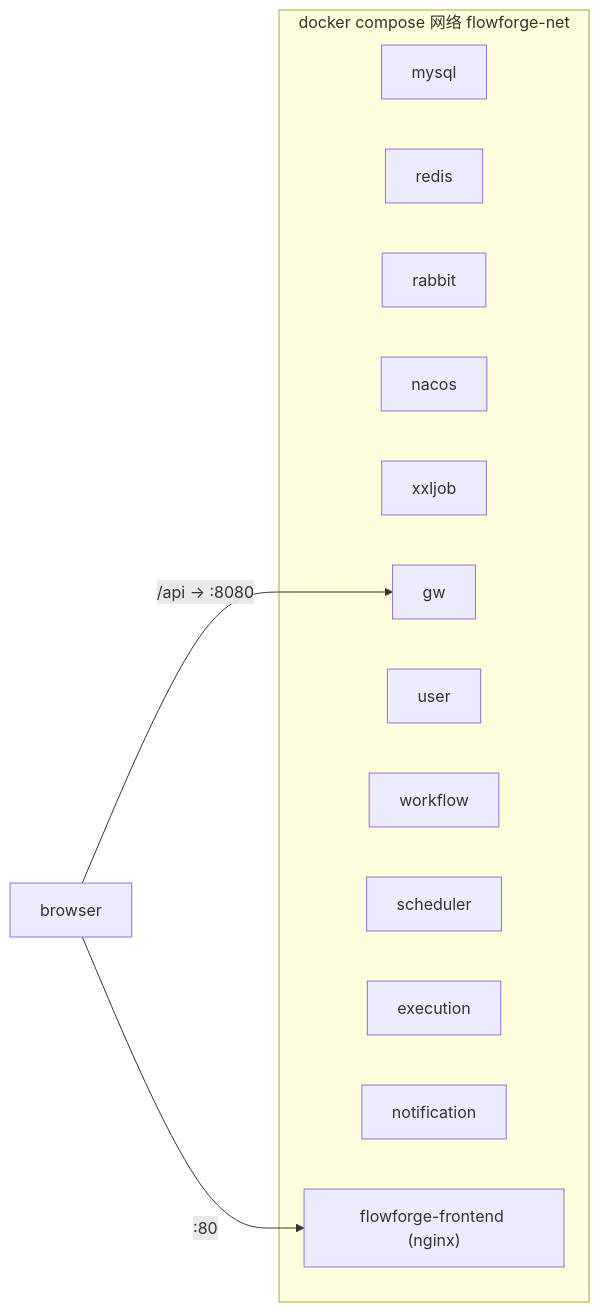
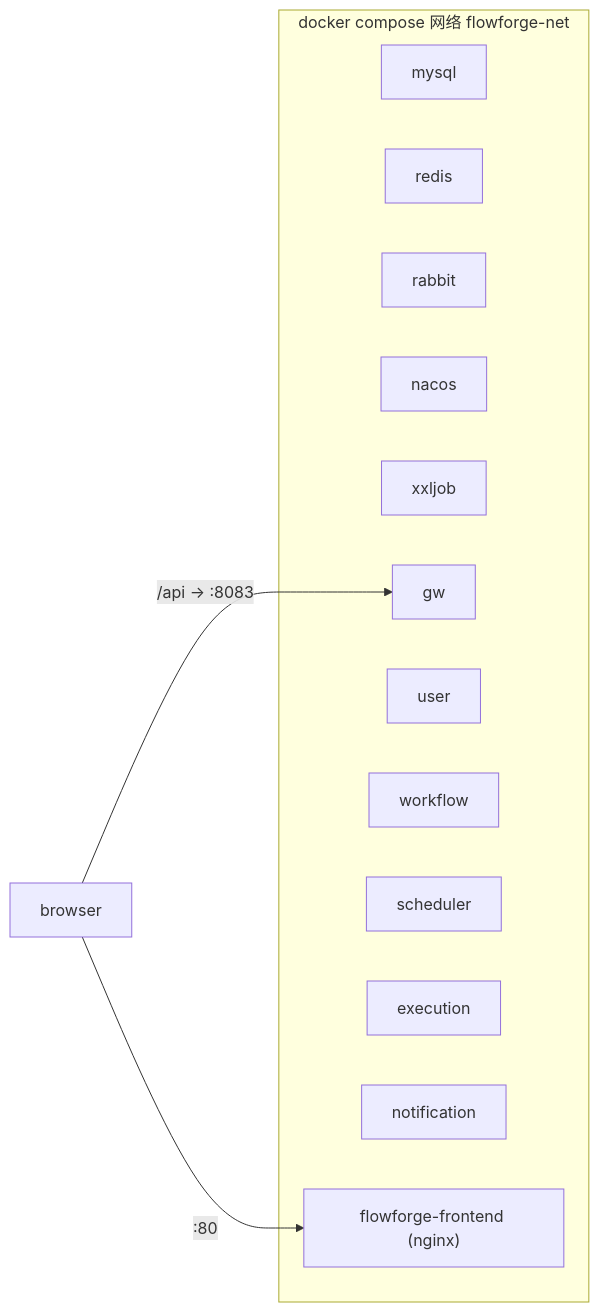
Before and after one commit to xq945/FlowForge: the second of 2 diagrams in docs/02-架构与技术选型.md, drawn with Mermaid. The commit also changed other lines of this file and 54 other files, not shown here.

````diff
--- a/docs/02-架构与技术选型.md
+++ b/docs/02-架构与技术选型.md
@@ -192,10 +198,10 @@
 ```mermaid
 flowchart LR
     subgraph compose["docker compose 网络 flowforge-net"]
         mysql & redis & rabbit & nacos & xxljob
         gw & user & workflow & scheduler & execution & notification
         fe["flowforge-frontend (nginx)"]
     end
     browser -->|":80"| fe
-    browser -->|"/api -> :8080"| gw
+    browser -->|"/api -> :8083"| gw
 ```
````
